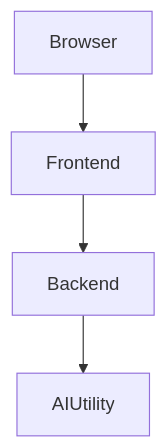
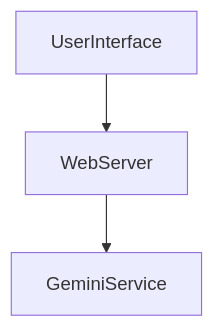
Before and after one commit to yogithasivakumar/FocusZen: the first of 2 diagrams in README.md, drawn with Mermaid. The commit also changed other lines of this file, not shown here.

````diff
--- a/README.md
+++ b/README.md
@@ -11,6 +11,5 @@
 ```mermaid
 flowchart TD
-    Browser --> Frontend
-    Frontend --> Backend
-    Backend --> AIUtility
+    UserInterface --> WebServer
+    WebServer --> GeminiService
 ```
````
